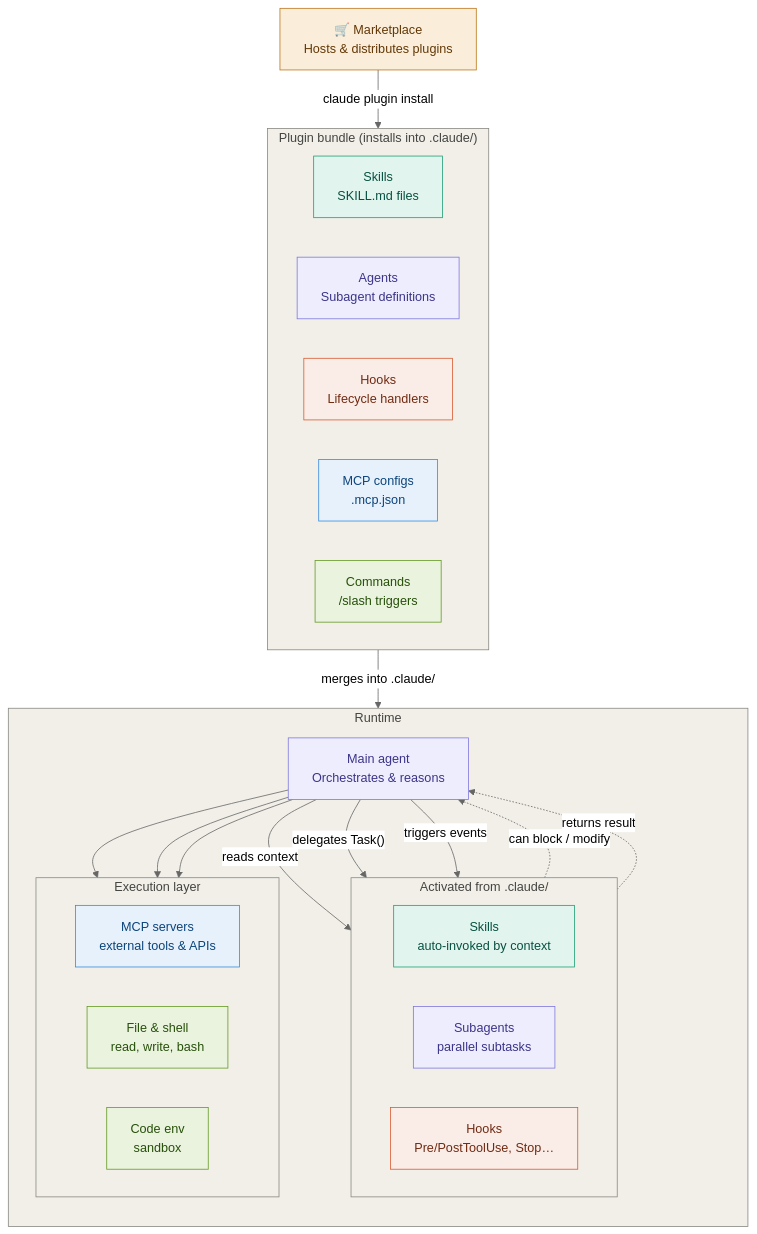
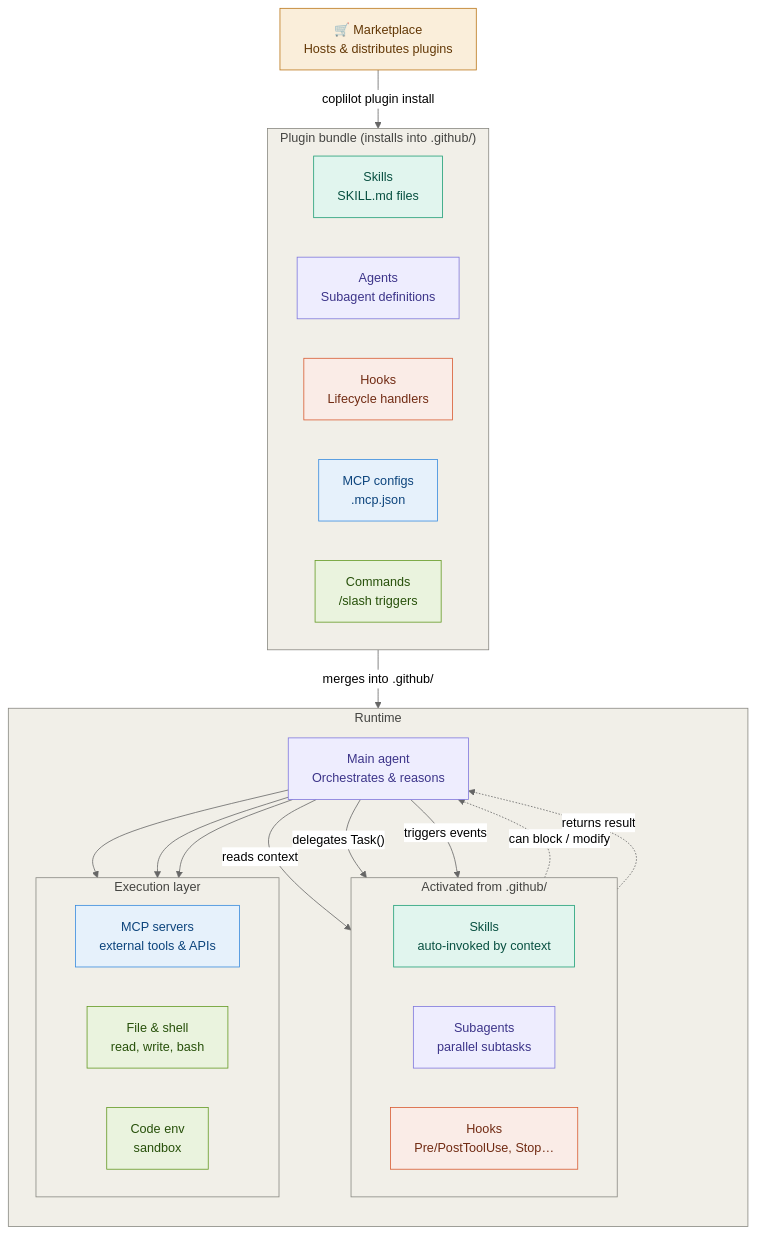
One commit to drmaas/devmode changed the diagram in README.md. Above: the diagram before and after it, drawn with Mermaid (neutral theme). The commit also changed other lines of this file, not shown here.

````diff
--- a/README.md
+++ b/README.md
@@ -23,61 +23,61 @@
 ```mermaid
 flowchart TD
   MKTPLACE["🛒 Marketplace<br/>Hosts & distributes plugins"]
 
-  subgraph PLUGIN["Plugin bundle  (installs into .claude/)"]
+  subgraph PLUGIN["Plugin bundle  (installs into .github/)"]
     direction LR
     SK["Skills<br/>SKILL.md files"]
     AG["Agents<br/>Subagent definitions"]
     HK["Hooks<br/>Lifecycle handlers"]
     MC["MCP configs<br/>.mcp.json"]
     CM["Commands<br/>/slash triggers"]
   end
 
   subgraph RUNTIME["Runtime"]
     direction TB
     AGENT["Main agent<br/>Orchestrates & reasons"]
 
-    subgraph ACTIVATED["Activated from .claude/"]
+    subgraph ACTIVATED["Activated from .github/"]
       direction LR
       SKR["Skills<br/>auto-invoked by context"]
       AGR["Subagents<br/>parallel subtasks"]
       HKR["Hooks<br/>Pre/PostToolUse, Stop…"]
     end
 
     subgraph TOOLS["Execution layer"]
       direction LR
       MCP["MCP servers<br/>external tools & APIs"]
       FS["File & shell<br/>read, write, bash"]
       CE["Code env<br/>sandbox"]
     end
   end
 
-  MKTPLACE -->|"claude plugin install"| PLUGIN
-  PLUGIN -->|"merges into .claude/"| AGENT
+  MKTPLACE -->|"coplilot plugin install"| PLUGIN
+  PLUGIN -->|"merges into .github/"| AGENT
 
   AGENT -->|"reads context"| SKR
   AGENT -->|"delegates Task()"| AGR
   AGENT -->|"triggers events"| HKR
   HKR -.->|"can block / modify"| AGENT
   AGR -.->|"returns result"| AGENT
 
   AGENT --> MCP
   AGENT --> FS
   AGENT --> CE
 
   classDef purple fill:#EEEDFE,stroke:#7F77DD,color:#3C3489
   classDef teal   fill:#E1F5EE,stroke:#1D9E75,color:#085041
   classDef coral  fill:#FAECE7,stroke:#D85A30,color:#712B13
   classDef blue   fill:#E6F1FB,stroke:#378ADD,color:#0C447C
   classDef amber  fill:#FAEEDA,stroke:#BA7517,color:#633806
   classDef green  fill:#EAF3DE,stroke:#639922,color:#27500A
   classDef gray   fill:#F1EFE8,stroke:#888780,color:#444441
 
   class MKTPLACE amber
   class SK,SKR teal
   class AG,AGR,AGENT purple
   class HK,HKR coral
   class MC,MCP blue
   class CM,CE,FS green
   class PLUGIN,RUNTIME,ACTIVATED,TOOLS gray
 ```
````
